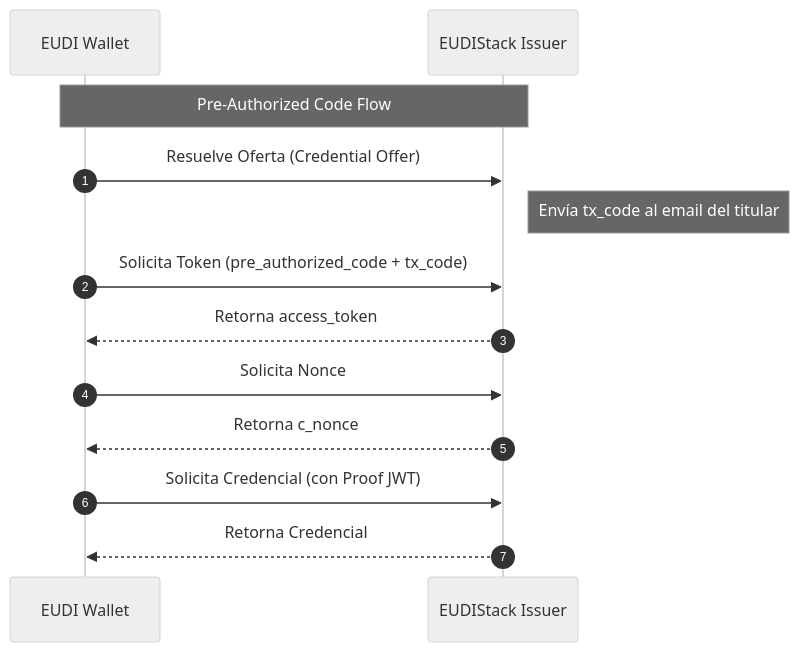
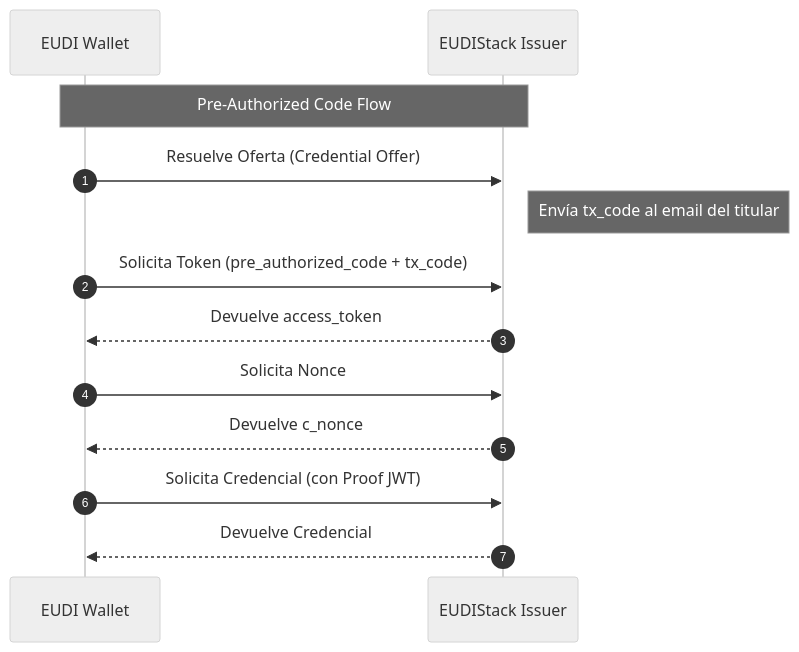
The first of 2 diagrams in docs/developers/concepts/oid4vci.md (in2workspace/eudistack-docs), drawn with Mermaid (neutral theme) before and after one commit. The commit also changed other lines of this file, not shown here.

````diff
--- a/docs/developers/concepts/oid4vci.md
+++ b/docs/developers/concepts/oid4vci.md
@@ -21,16 +22,16 @@
 ```mermaid
 sequenceDiagram
     autonumber
     participant W as EUDI Wallet
     participant I as EUDIStack Issuer
 
     Note over W, I: Pre-Authorized Code Flow
     W->>I: Resuelve Oferta (Credential Offer)
     Note right of I: Envía tx_code al email del titular
     W->>I: Solicita Token (pre_authorized_code + tx_code)
-    I-->>W: Retorna access_token
+    I-->>W: Devuelve access_token
     W->>I: Solicita Nonce
-    I-->>W: Retorna c_nonce
+    I-->>W: Devuelve c_nonce
     W->>I: Solicita Credencial (con Proof JWT)
-    I-->>W: Retorna Credencial
+    I-->>W: Devuelve Credencial
 ```
````
